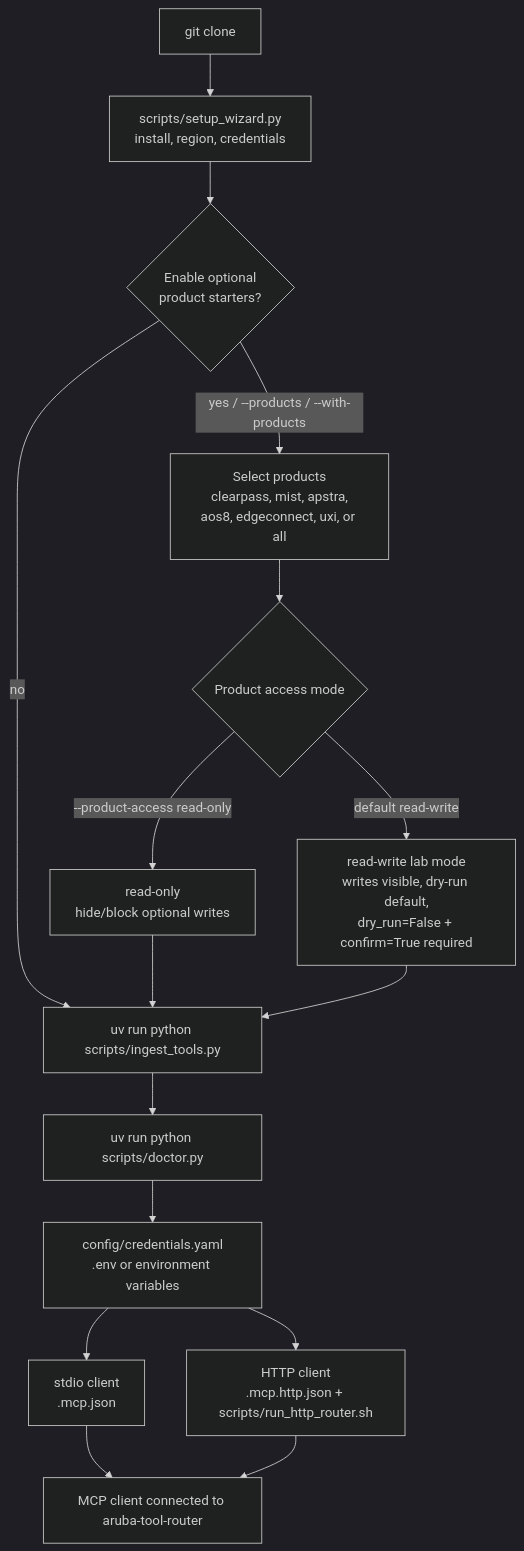
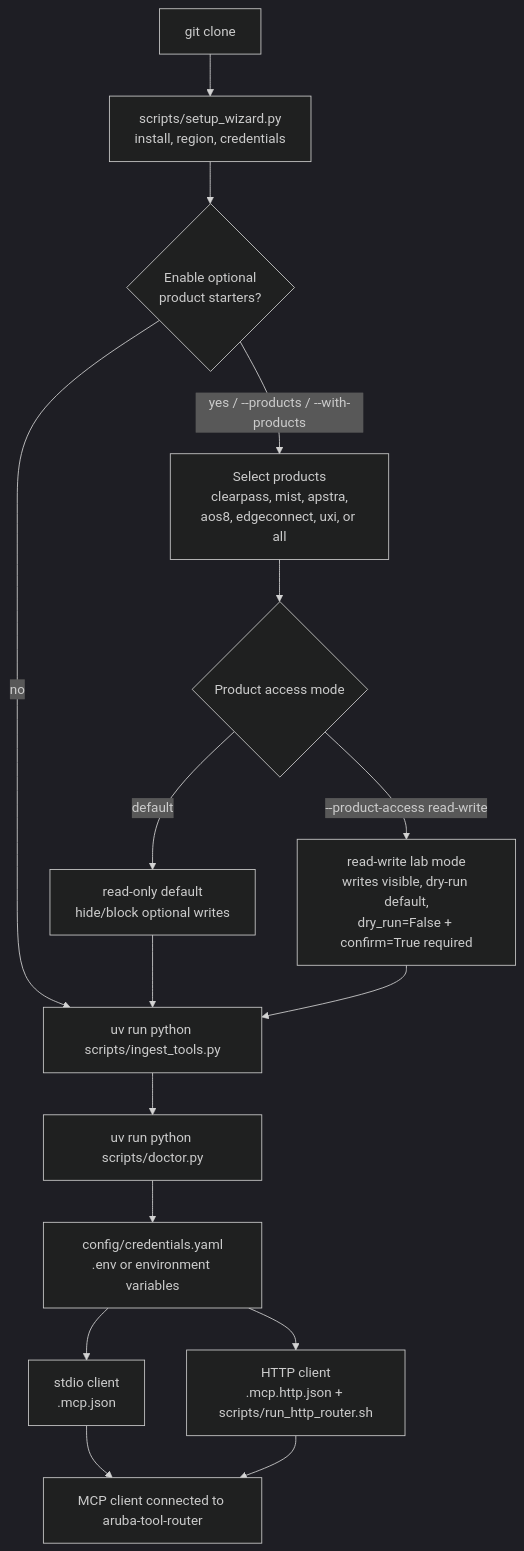
The third of 3 diagrams in docs/architecture/system-overview.md (secure-ssid/centralmcp), drawn with Mermaid (dark theme) before and after one commit. The commit also changed 2 other files, not shown here.

Commit message:
Align doctor optional access default

````diff
--- a/docs/architecture/system-overview.md
+++ b/docs/architecture/system-overview.md
@@ -71,32 +71,32 @@
 ```mermaid
 flowchart TD
     clone["git clone"]
     wizard["scripts/setup_wizard.py<br/>install, region, credentials"]
     products{"Enable optional<br/>product starters?"}
     selected["Select products<br/>clearpass, mist, apstra,<br/>aos8, edgeconnect, uxi, or all"]
     access{"Product access mode"}
-    ro["read-only<br/>hide/block optional writes"]
+    ro["read-only default<br/>hide/block optional writes"]
     rw["read-write lab mode<br/>writes visible, dry-run default,<br/>dry_run=False + confirm=True required"]
     catalog["uv run python scripts/ingest_tools.py"]
     doctor["uv run python scripts/doctor.py"]
     creds["config/credentials.yaml<br/>.env or environment variables"]
     stdio["stdio client<br/>.mcp.json"]
     http["HTTP client<br/>.mcp.http.json + scripts/run_http_router.sh"]
     ready["MCP client connected to aruba-tool-router"]
 
     clone --> wizard
     wizard --> products
     products -->|"yes / --products / --with-products"| selected
     products -->|"no"| catalog
     selected --> access
-    access -->|"--product-access read-only"| ro
-    access -->|"default read-write"| rw
+    access -->|"default"| ro
+    access -->|"--product-access read-write"| rw
     ro --> catalog
     rw --> catalog
     catalog --> doctor
     doctor --> creds
     creds --> stdio
     creds --> http
     stdio --> ready
     http --> ready
 ```
````
